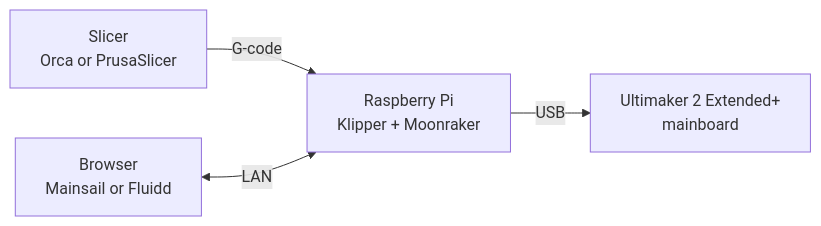
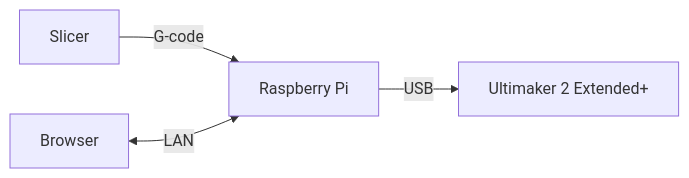
One commit to NTL-dev00/Klippermaker changed the diagram in README.md. Above: the diagram before and after it, drawn with Mermaid. The commit also changed other lines of this file, not shown here.

Commit message:
readme: fix the mermaid diagram, whose labels were being clipped
Multi-line labels built with <br/> made the renderer size each node from the
wrong string, so 'Orca or PrusaSlicer', 'Klipper + Moonraker' and 'Ultimaker 2
Extended+' were cut off mid-word. Single-line labels size to their own text and
cannot clip; the specifics now sit in the sentence underneath, where they also
survive being read as plain text.

````diff
--- a/README.md
+++ b/README.md
@@ -18,6 +18,6 @@
 ```mermaid
 flowchart LR
-    A["Slicer<br/>Orca or PrusaSlicer"] -->|"G-code"| B["Raspberry Pi<br/>Klipper + Moonraker"]
-    B -->|"USB"| C["Ultimaker 2 Extended+<br/>mainboard"]
-    D["Browser<br/>Mainsail or Fluidd"] <-->|"LAN"| B
+    A["Slicer"] -->|"G-code"| B["Raspberry Pi"]
+    B -->|"USB"| C["Ultimaker 2 Extended+"]
+    D["Browser"] <-->|"LAN"| B
 ```
````
